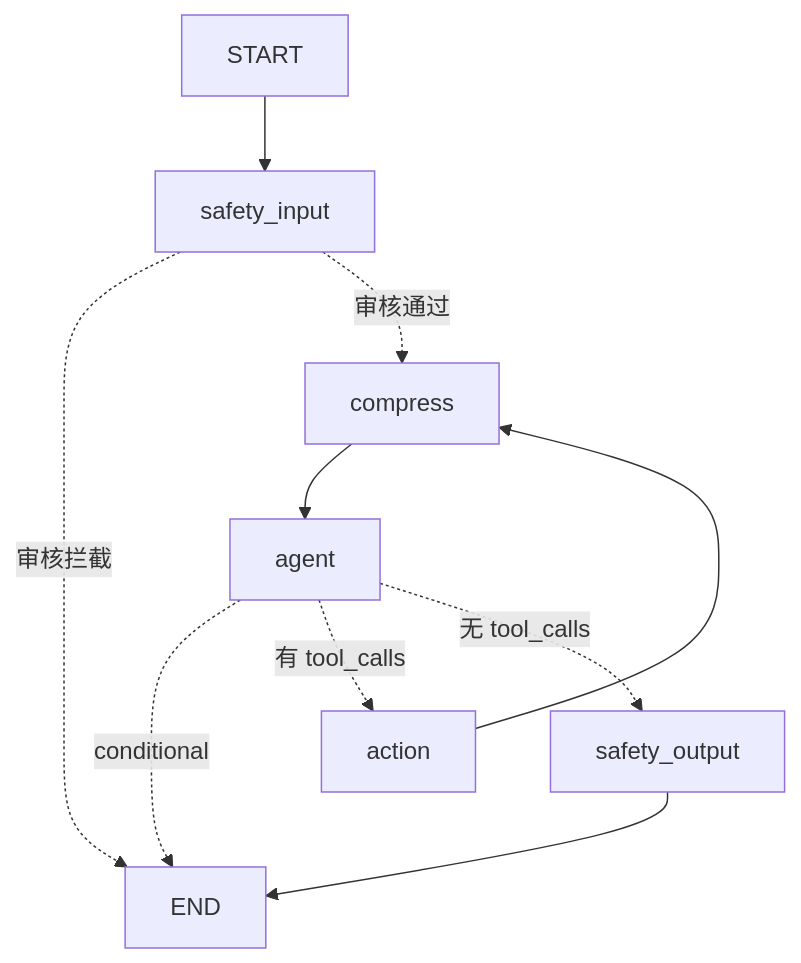
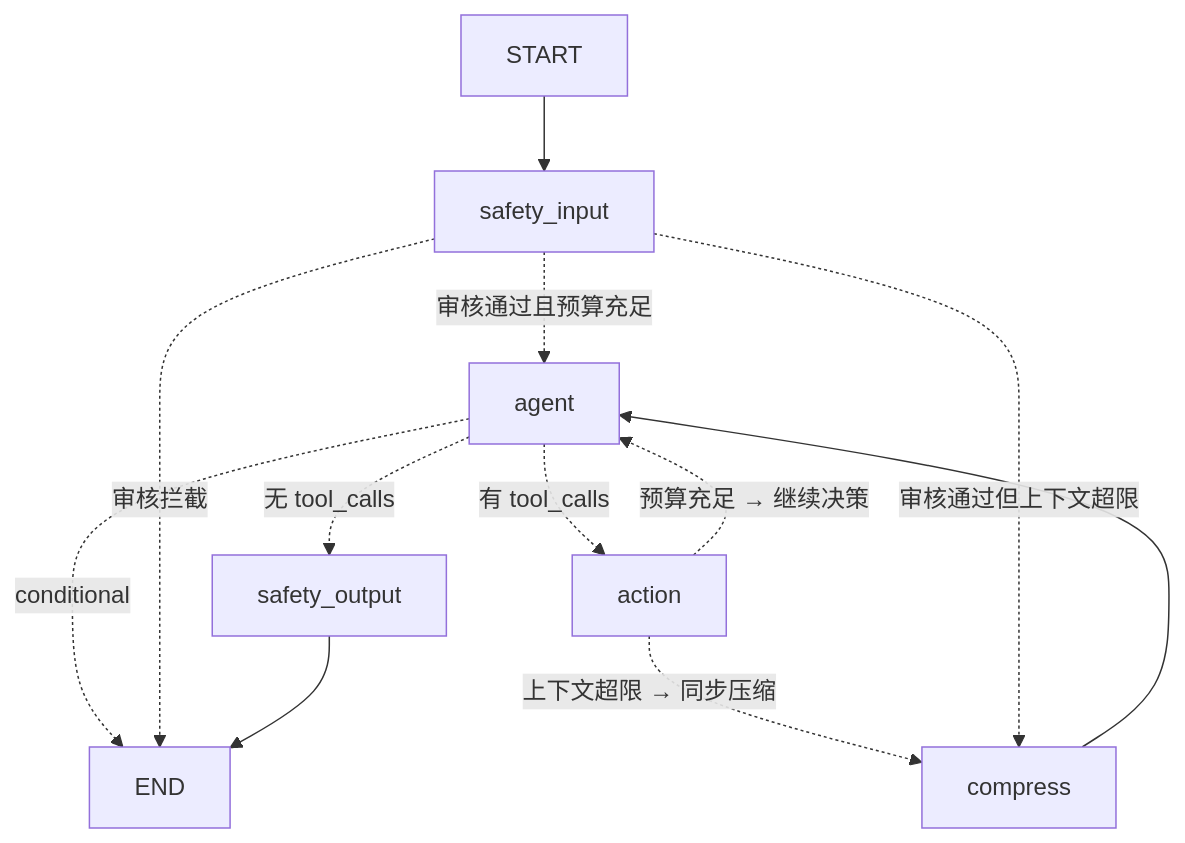
Before and after one commit to xiao-Huahuo/Agent-Core-Service: the diagram in agent_graph_react.mmd, drawn with Mermaid. The commit also changed 26 other files, not shown here.

```diff
--- a/agent_graph_react.mmd
+++ b/agent_graph_react.mmd
@@ -1,17 +1,19 @@
 flowchart TD
     internal_start["START"]
     safety_input["safety_input"]
     compress["compress"]
     agent["agent"]
     action["action"]
     safety_output["safety_output"]
     internal_end["END"]
     internal_start --> safety_input
-    action --> compress
+    action -. "预算充足 → 继续决策" .-> agent
+    action -. "上下文超限 → 同步压缩" .-> compress
     agent -. "conditional" .-> internal_end
     agent -. "有 tool_calls" .-> action
     agent -. "无 tool_calls" .-> safety_output
     compress --> agent
     safety_input -. "审核拦截" .-> internal_end
-    safety_input -. "审核通过" .-> compress
+    safety_input -. "审核通过且预算充足" .-> agent
+    safety_input -. "审核通过但上下文超限" .-> compress
     safety_output --> internal_end
```
